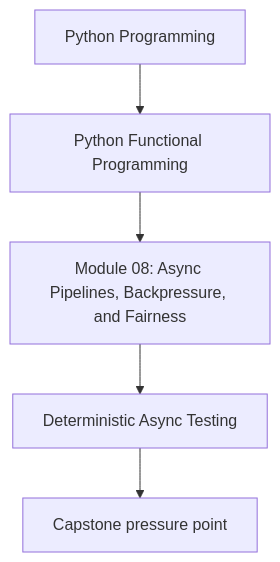
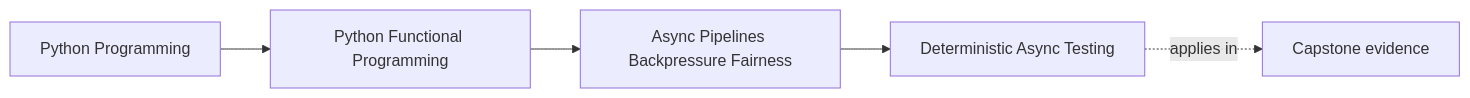
Before and after one commit to bijux/bijux-masterclass: the first of 2 diagrams in programs/python-programming/python-functional-programming/course-book/module-08-async-pipelines-backpressure-fairness/deterministic-async-testing.md, drawn with Mermaid. The commit also changed other lines of this file and 108 other files, not shown here.

Commit message:
docs(python-functional-programming): map capstone and advanced design surfaces

````diff
--- a/programs/python-programming/python-functional-programming/course-book/module-08-async-pipelines-backpressure-fairness/deterministic-async-testing.md
+++ b/programs/python-programming/python-functional-programming/course-book/module-08-async-pipelines-backpressure-fairness/deterministic-async-testing.md
@@ -7,7 +7,11 @@
 ```mermaid
-flowchart TD
-  family["Python Programming"] --> program["Python Functional Programming"]
-  program --> module["Module 08: Async Pipelines, Backpressure, and Fairness"]
-  module --> concept["Deterministic Async Testing"]
-  concept --> capstone["Capstone pressure point"]
+graph LR
+  family["Python Programming"]
+  program["Python Functional Programming"]
+  section["Async Pipelines Backpressure Fairness"]
+  page["Deterministic Async Testing"]
+  capstone["Capstone evidence"]
+
+  family --> program --> section --> page
+  page -.applies in.-> capstone
 ```
````
